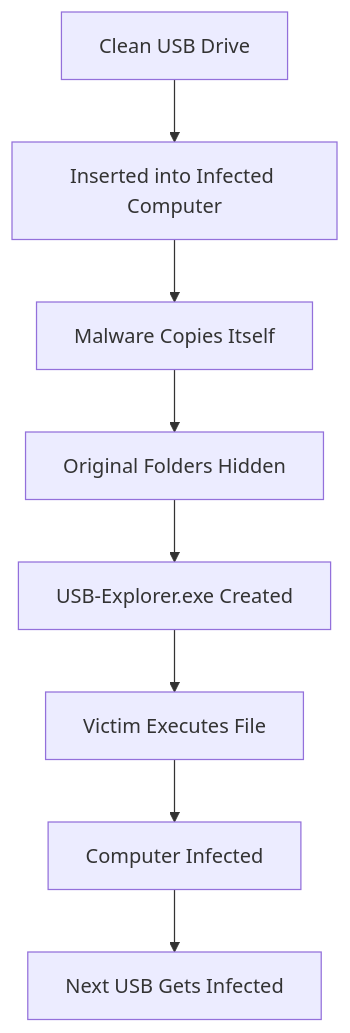
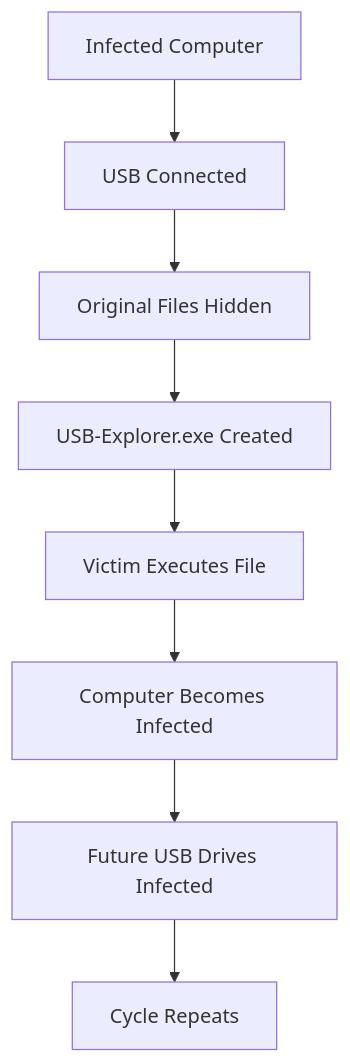
Before and after one commit to sefimiakanda/MAYUNDO-USB-Worm: the first of 5 diagrams in README.md, drawn with Mermaid. The commit also changed other lines of this file, not shown here.

````diff
--- a/README.md
+++ b/README.md
@@ -42,19 +130,19 @@
 ```mermaid
 flowchart TD
 
-A[Clean USB Drive]
+A[Infected Computer]
 
---> B[Inserted into Infected Computer]
+--> B[USB Connected]
 
---> C[Malware Copies Itself]
+--> C[Original Files Hidden]
 
---> D[Original Folders Hidden]
+--> D[USB-Explorer.exe Created]
 
---> E[USB-Explorer.exe Created]
+--> E[Victim Executes File]
 
---> F[Victim Executes File]
+--> F[Computer Becomes Infected]
 
---> G[Computer Infected]
+--> G[Future USB Drives Infected]
 
---> H[Next USB Gets Infected]
+--> H[Cycle Repeats]
 ```
````
